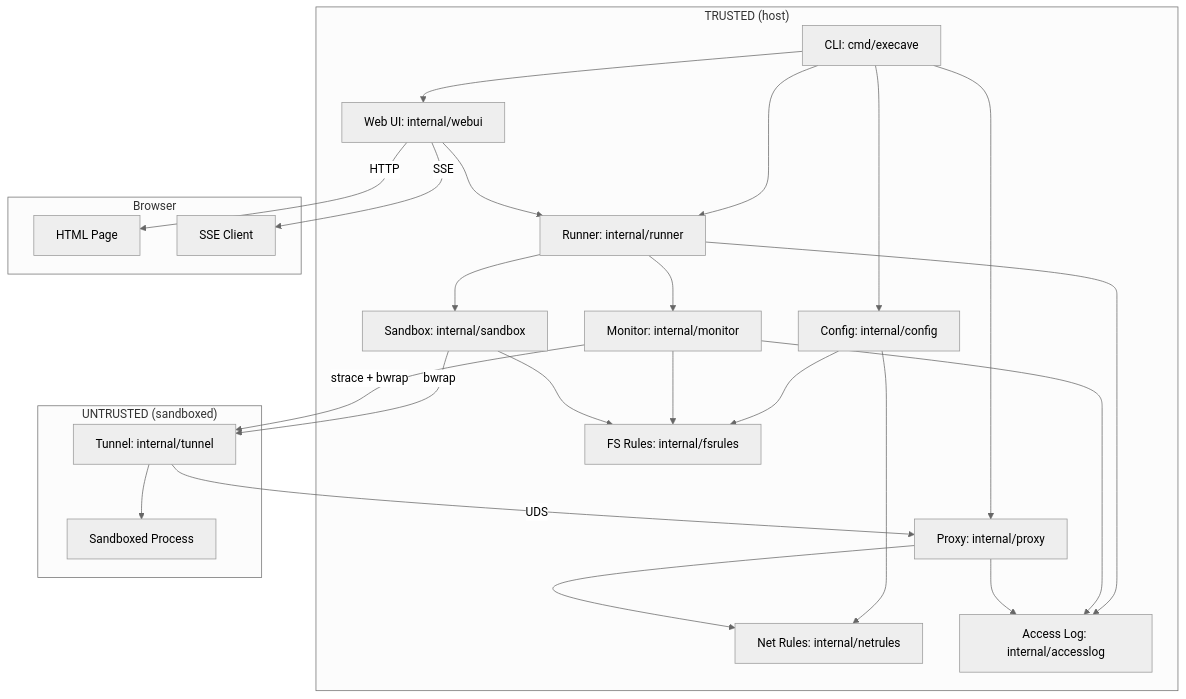
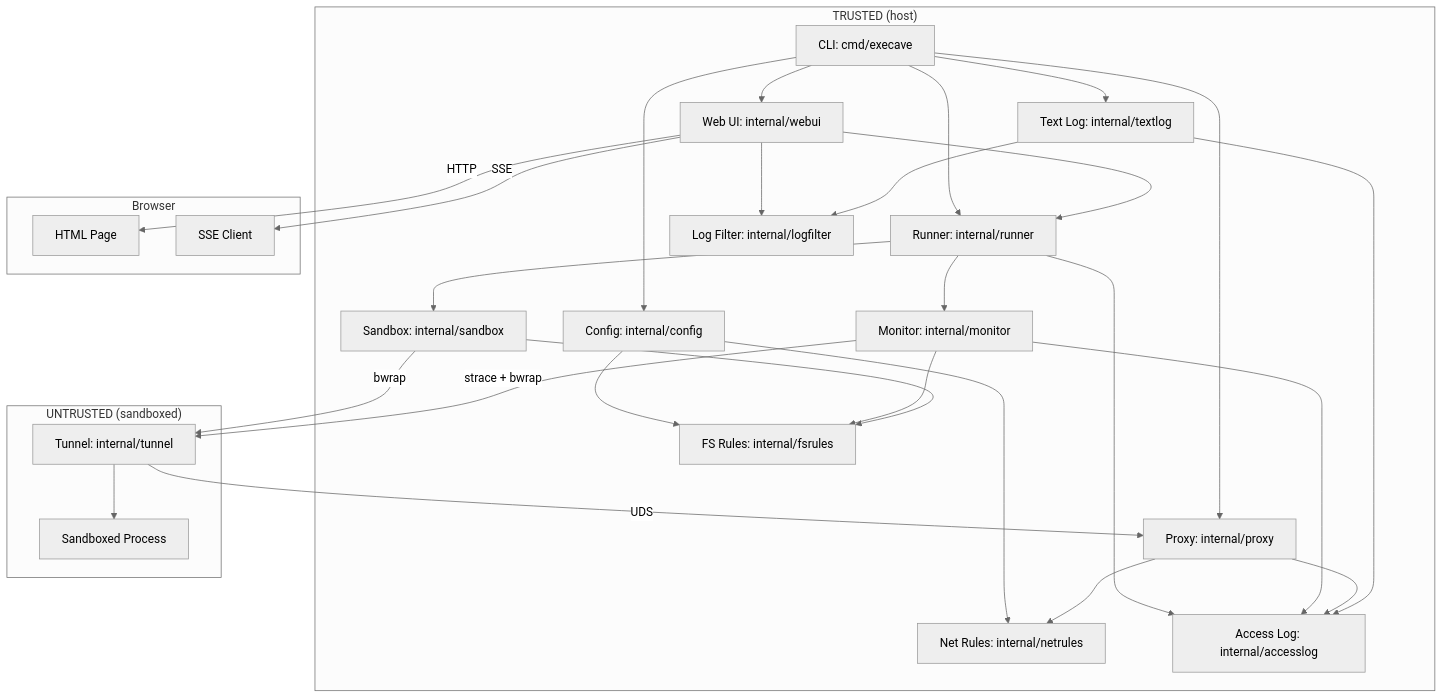
The diagram in docs/architecture.md (nonpop/execave), drawn with Mermaid (neutral theme) before and after one commit. The commit also changed other lines of this file and 26 other files, not shown here.

````diff
--- a/docs/architecture.md
+++ b/docs/architecture.md
@@ -5,47 +5,53 @@
 ```mermaid
 flowchart TB
     subgraph Trusted["TRUSTED (host)"]
         CLI[CLI: cmd/execave]
         Config[Config: internal/config]
         FSRules[FS Rules: internal/fsrules]
         NetRules[Net Rules: internal/netrules]
         AccessLog[Access Log: internal/accesslog]
         Runner[Runner: internal/runner]
         Sandbox[Sandbox: internal/sandbox]
         Monitor[Monitor: internal/monitor]
         Proxy[Proxy: internal/proxy]
+        LogFilter[Log Filter: internal/logfilter]
         WebUI[Web UI: internal/webui]
+        TextLog[Text Log: internal/textlog]
     end
 
     subgraph Untrusted["UNTRUSTED (sandboxed)"]
         Tunnel[Tunnel: internal/tunnel]
         Process[Sandboxed Process]
     end
 
     subgraph Browser["Browser"]
         Page[HTML Page]
         SSE[SSE Client]
     end
 
     CLI --> Config
     CLI --> Runner
     Runner --> Sandbox
     Runner --> Monitor
     Runner --> AccessLog
     CLI --> Proxy
     CLI --> WebUI
+    CLI --> TextLog
     Config --> FSRules
     Config --> NetRules
     Monitor --> FSRules
     Monitor --> AccessLog
     Proxy --> NetRules
     Proxy --> AccessLog
     WebUI --> Runner
+    WebUI --> LogFilter
+    TextLog --> LogFilter
+    TextLog --> AccessLog
     Sandbox --> FSRules
     Sandbox -->|bwrap| Tunnel
     Tunnel --> Process
     Tunnel -->|UDS| Proxy
     Monitor -->|strace + bwrap| Tunnel
     WebUI -->|HTTP| Page
     WebUI -->|SSE| SSE
 ```
````
